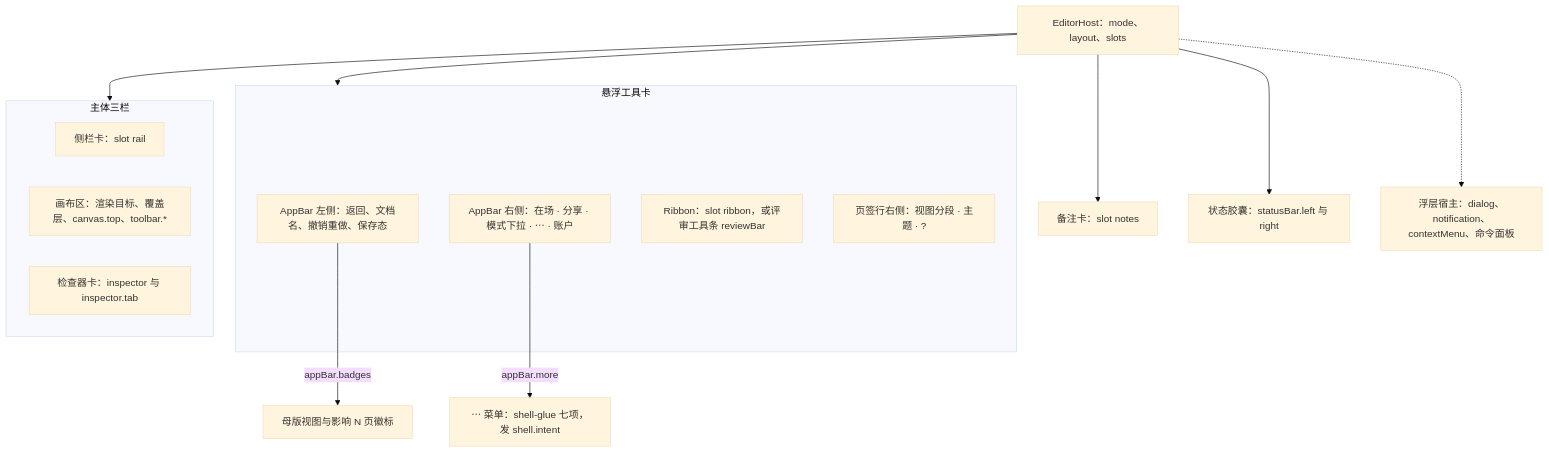
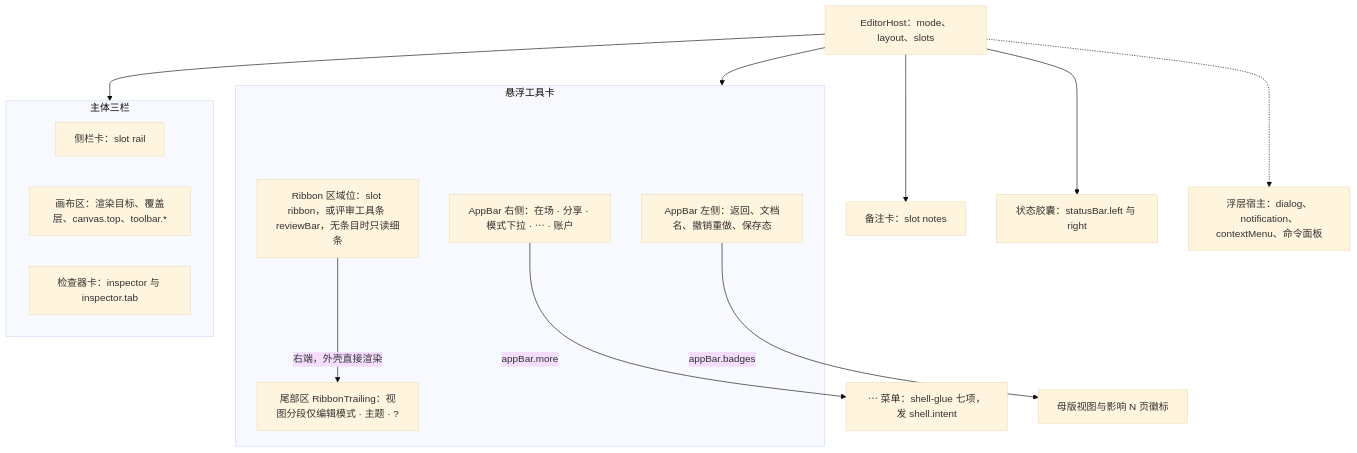
Before and after one commit to Xeonice/cordis-ppt-editor: the first of 7 diagrams in docs/50-frontend/10-editor-shell-and-interaction.md, drawn with Mermaid (base theme). The commit also changed other lines of this file and 31 other files, not shown here.

````diff
--- a/docs/50-frontend/10-editor-shell-and-interaction.md
+++ b/docs/50-frontend/10-editor-shell-and-interaction.md
@@ -52,27 +57,28 @@
 ```mermaid
 flowchart TB
   host["EditorHost：mode、layout、slots"]
   subgraph toolCard["悬浮工具卡"]
     appBar["AppBar 左侧：返回、文档名、撤销重做、保存态"]
     appRight["AppBar 右侧：在场 · 分享 · 模式下拉 · ⋯ · 账户"]
-    ribbon["Ribbon：slot ribbon，或评审工具条 reviewBar"]
-    tabRight["页签行右侧：视图分段 · 主题 · ?"]
+    ribbon["Ribbon 区域位：slot ribbon，或评审工具条 reviewBar，无条目时只读细条"]
+    trailing["尾部区 RibbonTrailing：视图分段仅编辑模式 · 主题 · ?"]
   end
   subgraph body["主体三栏"]
     rail["侧栏卡：slot rail"]
     canvas["画布区：渲染目标、覆盖层、canvas.top、toolbar.*"]
     inspector["检查器卡：inspector 与 inspector.tab"]
   end
   notes["备注卡：slot notes"]
   status["状态胶囊：statusBar.left 与 right"]
   overlays["浮层宿主：dialog、notification、contextMenu、命令面板"]
   more["⋯ 菜单：shell-glue 七项，发 shell.intent"]
   badges["母版视图与影响 N 页徽标"]
   host --> toolCard
   host --> body
   host --> notes
   host --> status
   host -.-> overlays
   appRight -->|"appBar.more"| more
   appBar -->|"appBar.badges"| badges
+  ribbon -->|"右端，外壳直接渲染"| trailing
 ```
````
